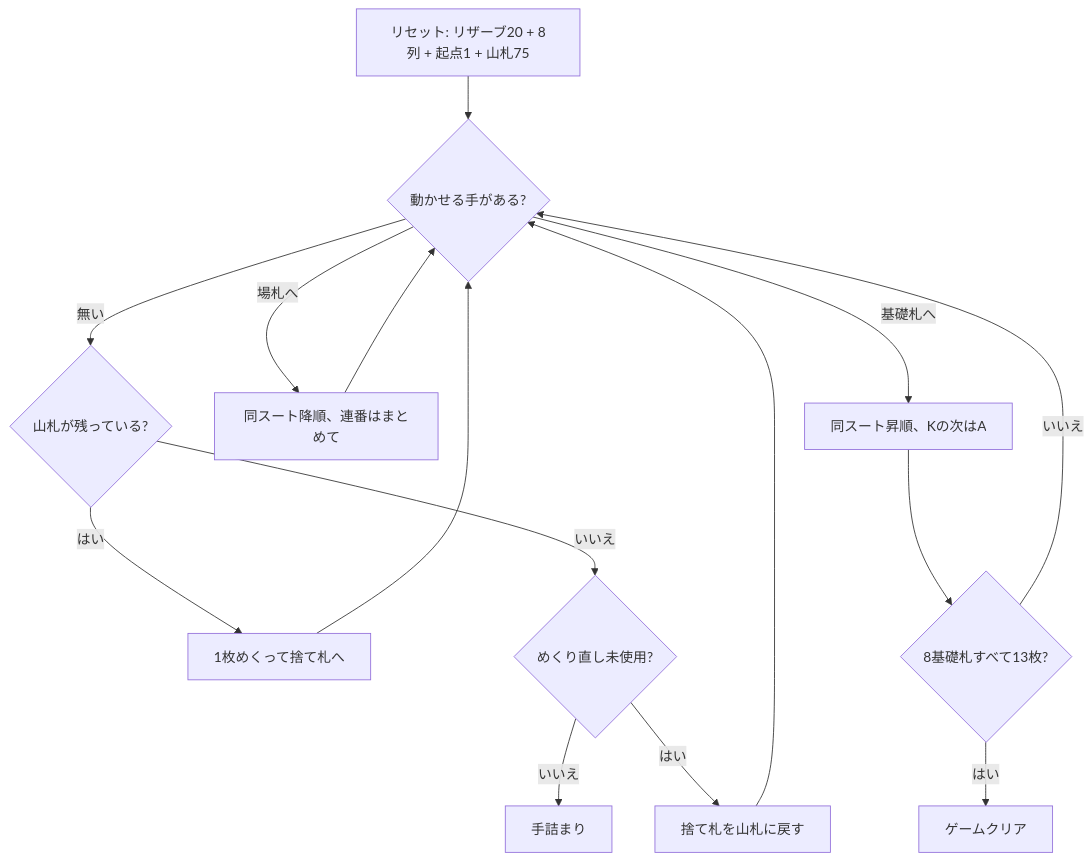
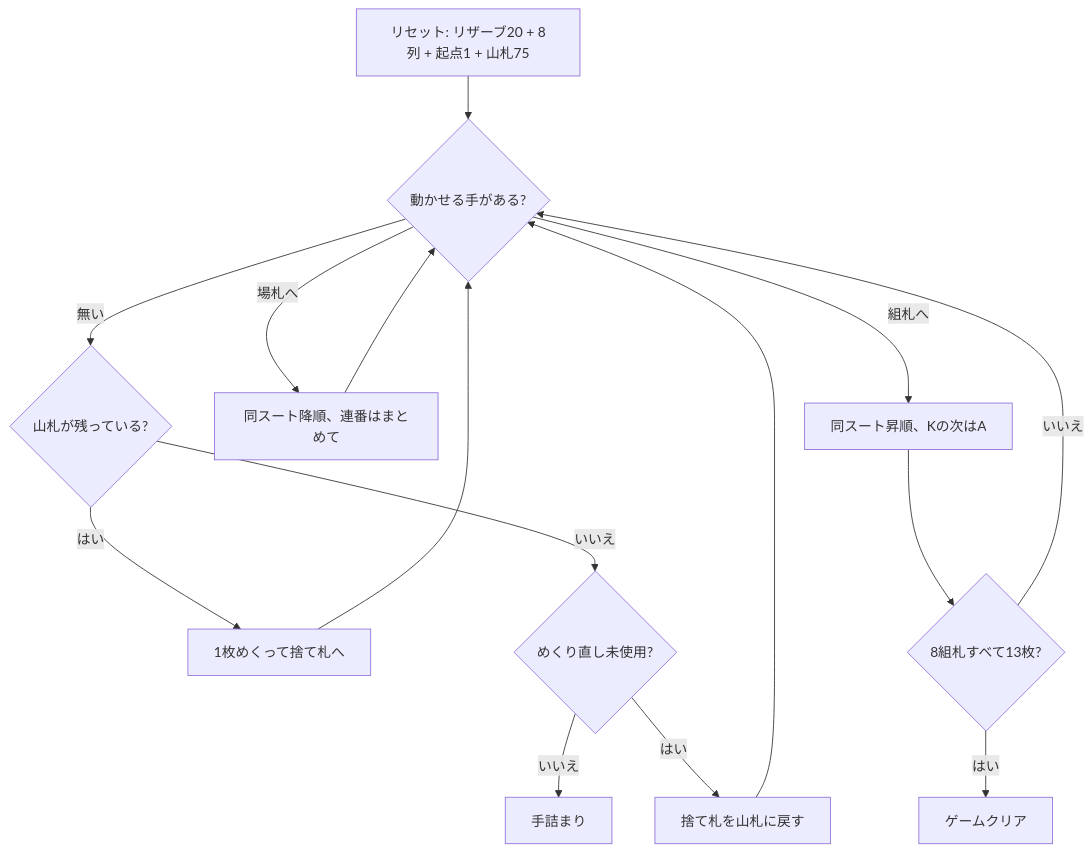
The diagram in docs/manual/cui/americantoad.md (yuta-yoshinaga/go_trumpcards), drawn with Mermaid before and after one commit. The commit also changed other lines of this file and 71 other files, not shown here.

````diff
--- a/docs/manual/cui/americantoad.md
+++ b/docs/manual/cui/americantoad.md
@@ -38,17 +38,17 @@
 ```mermaid
 flowchart TD
     A[リセット: リザーブ20 + 8列 + 起点1 + 山札75] --> B{動かせる手がある?}
-    B -- 基礎札へ --> C[同スート昇順、Kの次はA]
+    B -- 組札へ --> C[同スート昇順、Kの次はA]
     B -- 場札へ --> D[同スート降順、連番はまとめて]
     B -- 無い --> E{山札が残っている?}
     E -- はい --> F[1枚めくって捨て札へ]
     E -- いいえ --> G{めくり直し未使用?}
     G -- はい --> H[捨て札を山札に戻す]
     G -- いいえ --> I[手詰まり]
-    C --> J{8基礎札すべて13枚?}
+    C --> J{8組札すべて13枚?}
     D --> B
     F --> B
     H --> B
     J -- はい --> K[ゲームクリア]
     J -- いいえ --> B
 ```
````
